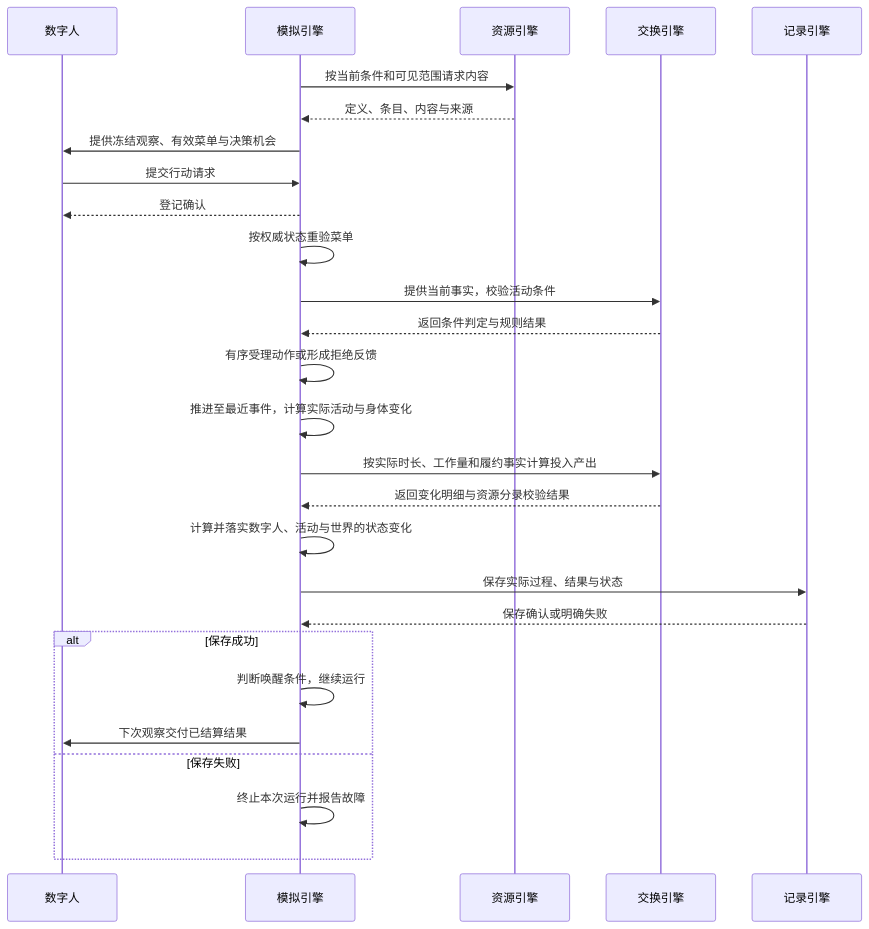
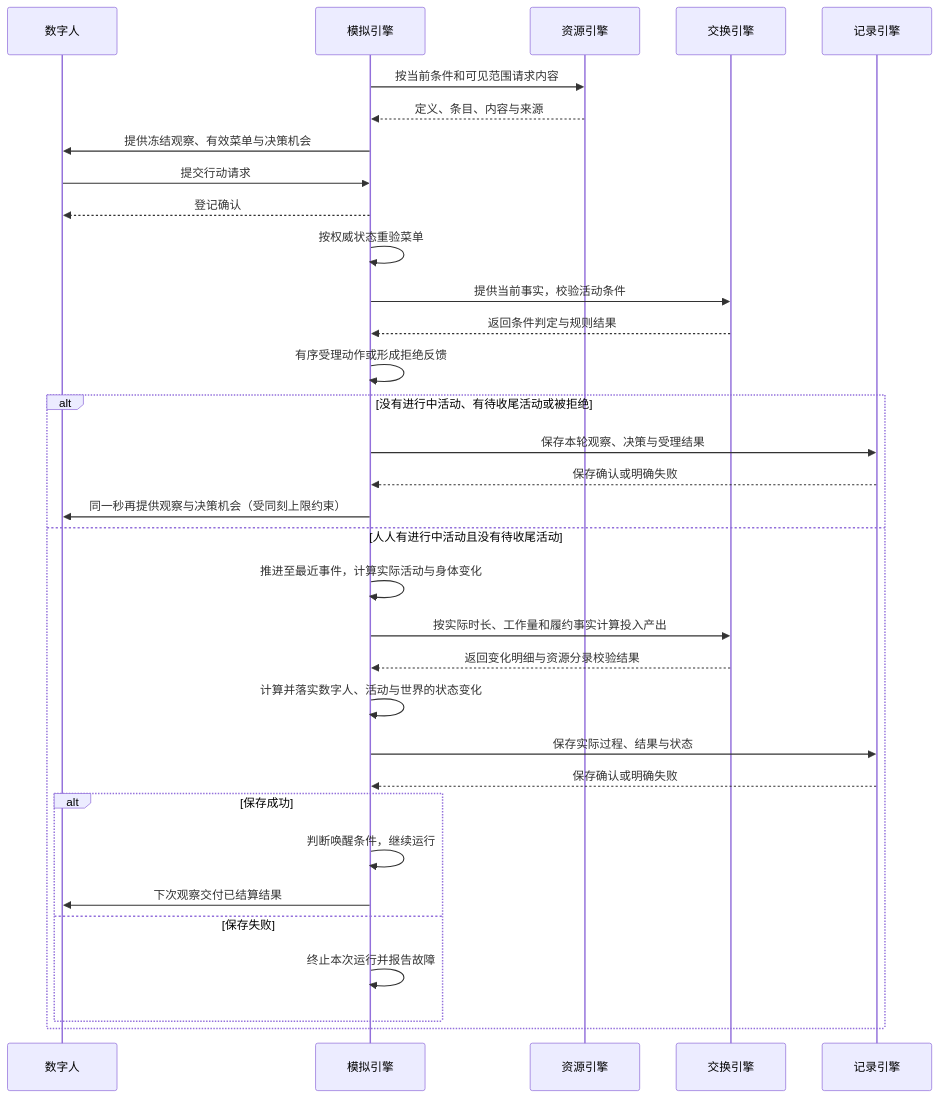
Before and after one commit to HoldThatThgt/WorldMock: the fourth of 8 diagrams in docs/design/01-architecture.md, drawn with Mermaid. The commit also changed other lines of this file and 28 other files, not shown here.

````diff
--- a/docs/design/01-architecture.md
+++ b/docs/design/01-architecture.md
@@ -163,29 +164,35 @@
 ```mermaid
 sequenceDiagram
     participant A as 数字人
     participant S as 模拟引擎
     participant R as 资源引擎
     participant X as 交换引擎
     participant F as 记录引擎
     S->>R: 按当前条件和可见范围请求内容
     R-->>S: 定义、条目、内容与来源
     S->>A: 提供冻结观察、有效菜单与决策机会
     A->>S: 提交行动请求
     S-->>A: 登记确认
     S->>S: 按权威状态重验菜单
     S->>X: 提供当前事实，校验活动条件
     X-->>S: 返回条件判定与规则结果
     S->>S: 有序受理动作或形成拒绝反馈
-    S->>S: 推进至最近事件，计算实际活动与身体变化
-    S->>X: 按实际时长、工作量和履约事实计算投入产出
-    X-->>S: 返回变化明细与资源分录校验结果
-    S->>S: 计算并落实数字人、活动与世界的状态变化
-    S->>F: 保存实际过程、结果与状态
-    F-->>S: 保存确认或明确失败
-    alt 保存成功
-        S->>S: 判断唤醒条件，继续运行
-        S->>A: 下次观察交付已结算结果
-    else 保存失败
-        S->>S: 终止本次运行并报告故障
+    alt 没有进行中活动、有待收尾活动或被拒绝
+        S->>F: 保存本轮观察、决策与受理结果
+        F-->>S: 保存确认或明确失败
+        S->>A: 同一秒再提供观察与决策机会（受同刻上限约束）
+    else 人人有进行中活动且没有待收尾活动
+        S->>S: 推进至最近事件，计算实际活动与身体变化
+        S->>X: 按实际时长、工作量和履约事实计算投入产出
+        X-->>S: 返回变化明细与资源分录校验结果
+        S->>S: 计算并落实数字人、活动与世界的状态变化
+        S->>F: 保存实际过程、结果与状态
+        F-->>S: 保存确认或明确失败
+        alt 保存成功
+            S->>S: 判断唤醒条件，继续运行
+            S->>A: 下次观察交付已结算结果
+        else 保存失败
+            S->>S: 终止本次运行并报告故障
+        end
     end
 ```
````
